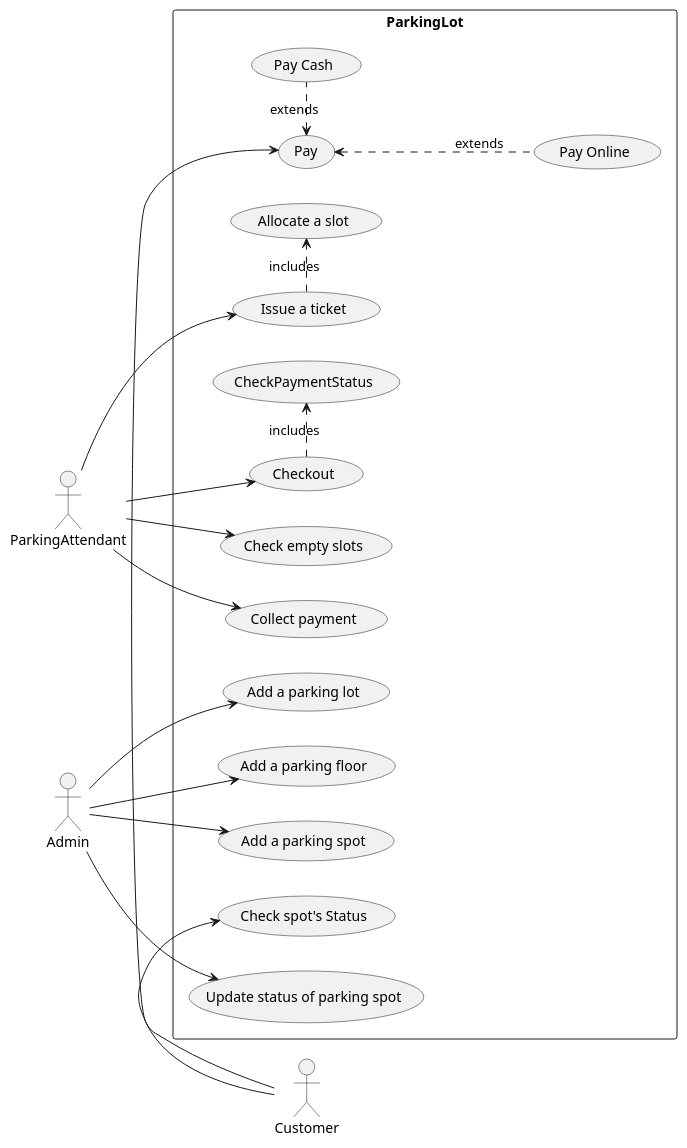
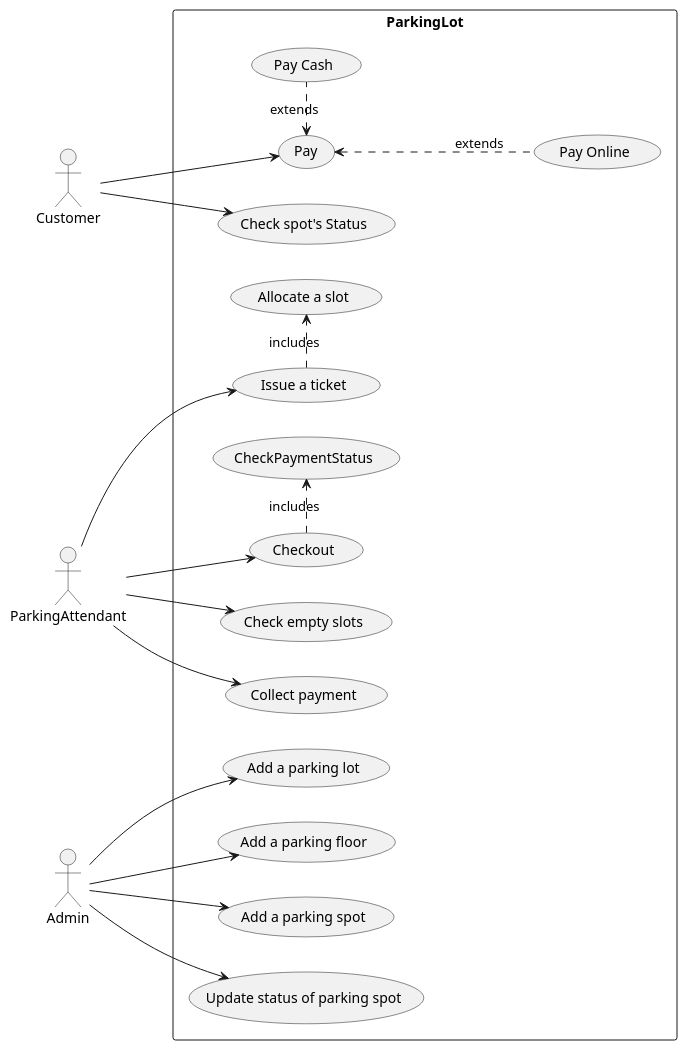
One commit to Sheersendu/LLD-Case-Studies changed the first of 3 diagrams in ParkingLot/ParkingLot.md. Above: the diagram before and after it, drawn with PlantUML. The commit also changed other lines of this file and 24 other files, not shown here.

````diff
--- a/ParkingLot/ParkingLot.md
+++ b/ParkingLot/ParkingLot.md
@@ -9,37 +44,37 @@
 ```plantuml
 @startuml
 left to right direction
 actor ParkingAttendant
 actor Customer
 actor Admin
 
 rectangle ParkingLot {
    Admin --> (Add a parking lot)
    Admin --> (Add a parking floor)
    Admin --> (Add a parking spot)
    Admin --> (Update status of parking spot)
    
    usecase "Pay" as Pay
    usecase "Pay Online" as PayOnline
    usecase "Pay Cash" as PayCash
    usecase "Allocate a slot" as AllocateSlot
    usecase "Issue a ticket" as IssueTicket
    usecase "Checkout" as Checkout
    
    Customer ->(Pay)
-   Customer ->(Check spot's Status)
+   Customer -->(Check spot's Status)
    
    ParkingAttendant --> (Check empty slots)
    ParkingAttendant --> IssueTicket
    ParkingAttendant --> (Collect payment)
    ParkingAttendant --> (Checkout)
    
    Pay <.. (PayOnline) : extends
    Pay <. (PayCash) : extends
    
    IssueTicket .> (AllocateSlot) : includes
    Checkout .> (CheckPaymentStatus) : includes
-   
+
 }
 @enduml
 ```
````
